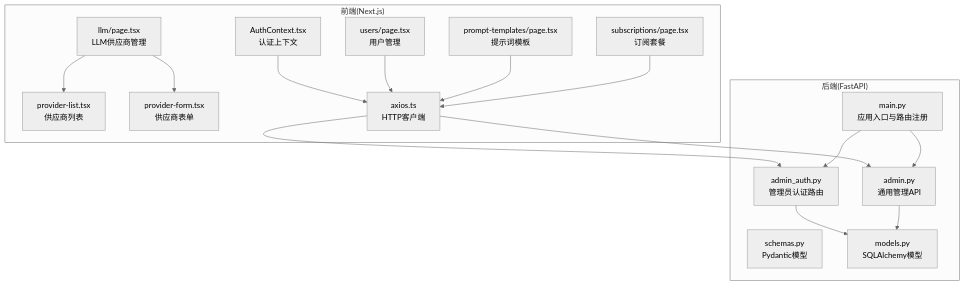
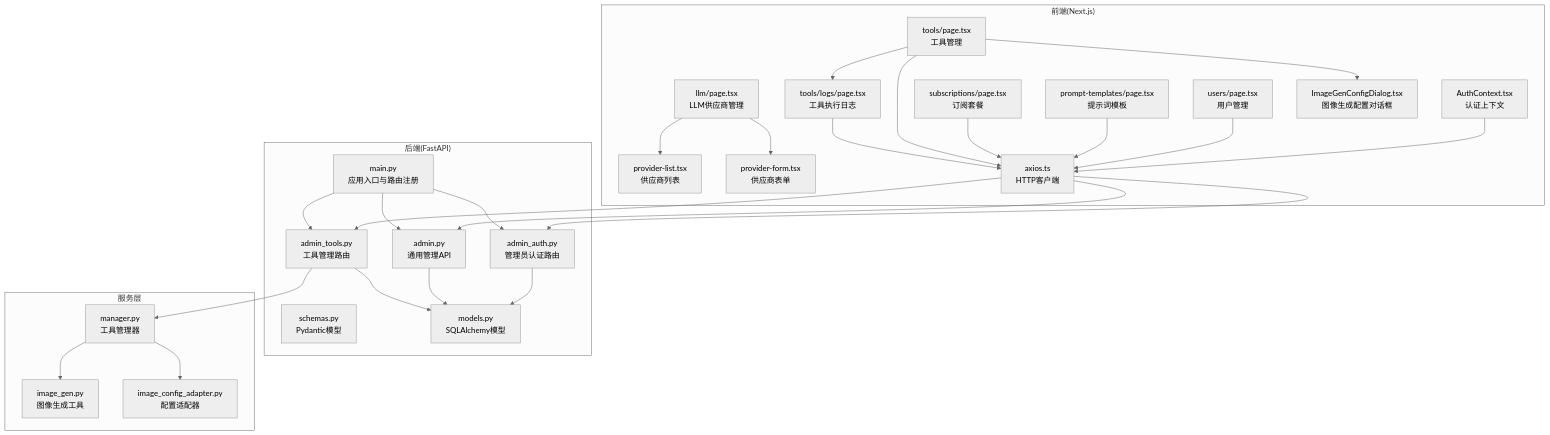
Before and after one commit to KunLabAI/KunFlix: the first of 11 diagrams in .qoder/repowiki/zh/content/管理员后台系统/管理员后台系统.md, drawn with Mermaid (neutral theme). The commit also changed other lines of this file and 24 other files, not shown here.

````diff
--- a/.qoder/repowiki/zh/content/管理员后台系统/管理员后台系统.md
+++ b/.qoder/repowiki/zh/content/管理员后台系统/管理员后台系统.md
@@ -43,32 +60,51 @@
 ```mermaid
 graph TB
 subgraph "前端(Next.js)"
 FE_Auth["AuthContext.tsx<br/>认证上下文"]
 FE_Users["users/page.tsx<br/>用户管理"]
 FE_LLM["llm/page.tsx<br/>LLM供应商管理"]
 FE_ProviderList["provider-list.tsx<br/>供应商列表"]
 FE_ProviderForm["provider-form.tsx<br/>供应商表单"]
 FE_Templates["prompt-templates/page.tsx<br/>提示词模板"]
 FE_Subscriptions["subscriptions/page.tsx<br/>订阅套餐"]
+FE_Tools["tools/page.tsx<br/>工具管理"]
+FE_ToolLogs["tools/logs/page.tsx<br/>工具执行日志"]
+FE_ImageGenDialog["ImageGenConfigDialog.tsx<br/>图像生成配置对话框"]
 FE_Axios["axios.ts<br/>HTTP客户端"]
 end
 subgraph "后端(FastAPI)"
 BE_Main["main.py<br/>应用入口与路由注册"]
 BE_AdminAuth["admin_auth.py<br/>管理员认证路由"]
 BE_Admin["admin.py<br/>通用管理API"]
+BE_AdminTools["admin_tools.py<br/>工具管理路由"]
 BE_Schemas["schemas.py<br/>Pydantic模型"]
 BE_Models["models.py<br/>SQLAlchemy模型"]
+end
+subgraph "服务层"
+SER_ToolManager["manager.py<br/>工具管理器"]
+SER_ImageGen["image_gen.py<br/>图像生成工具"]
+SER_ConfigAdapter["image_config_adapter.py<br/>配置适配器"]
 end
 FE_Auth --> FE_Axios
 FE_Users --> FE_Axios
 FE_LLM --> FE_ProviderList
 FE_LLM --> FE_ProviderForm
 FE_Templates --> FE_Axios
 FE_Subscriptions --> FE_Axios
+FE_Tools --> FE_ToolLogs
+FE_Tools --> FE_ImageGenDialog
+FE_Tools --> FE_Axios
+FE_ToolLogs --> FE_Axios
 FE_Axios --> BE_AdminAuth
 FE_Axios --> BE_Admin
+FE_Axios --> BE_AdminTools
 BE_AdminAuth --> BE_Models
 BE_Admin --> BE_Models
+BE_AdminTools --> BE_Models
+BE_AdminTools --> SER_ToolManager
+SER_ToolManager --> SER_ImageGen
+SER_ToolManager --> SER_ConfigAdapter
 BE_Main --> BE_AdminAuth
 BE_Main --> BE_Admin
+BE_Main --> BE_AdminTools
 ```
````
